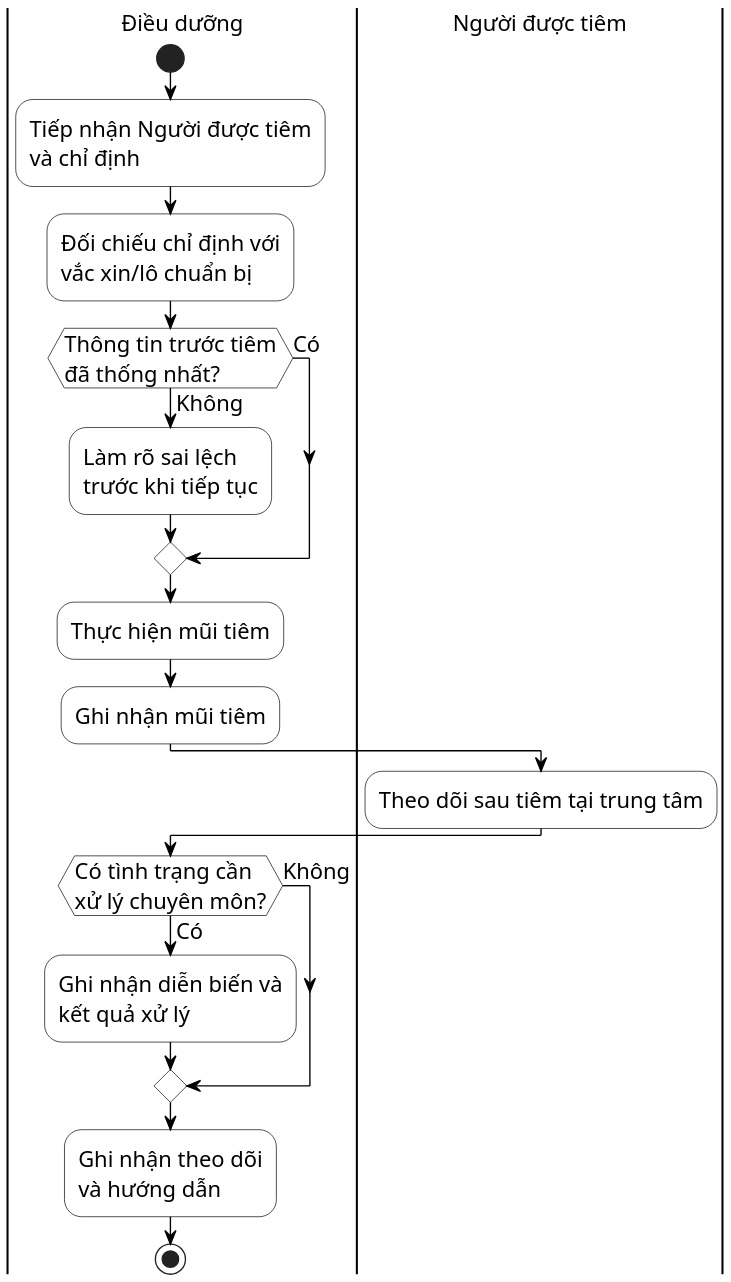
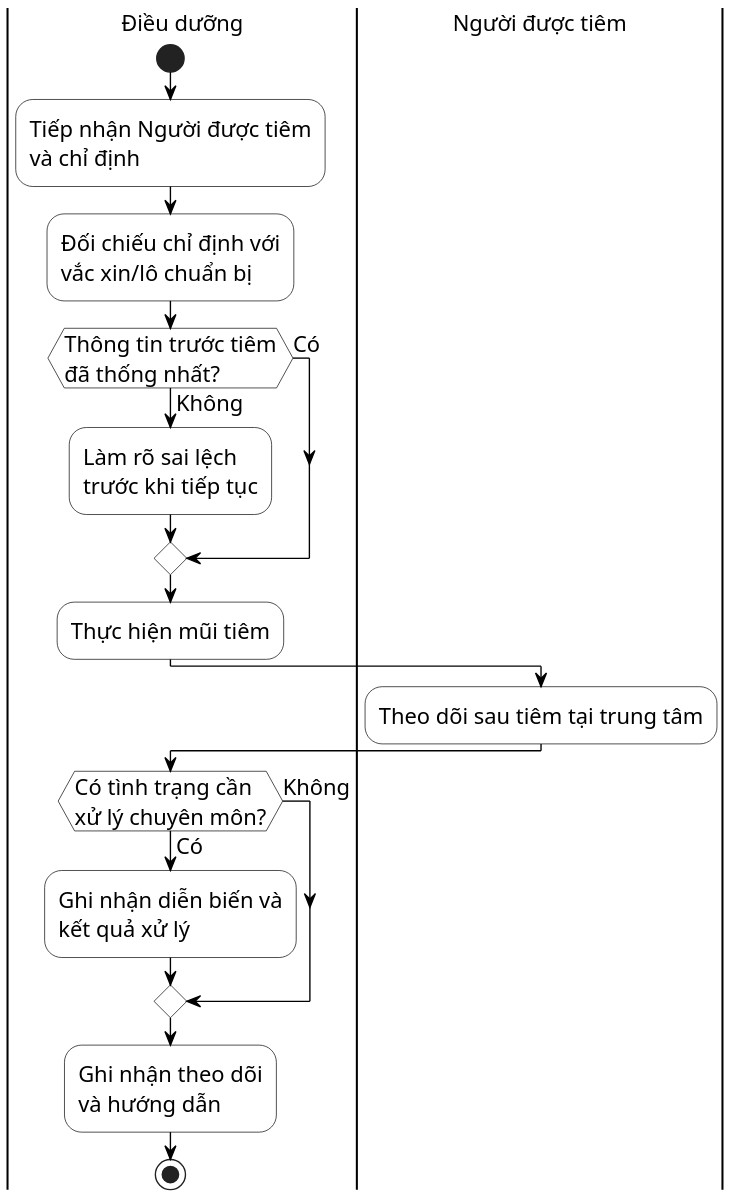
Before and after one commit to datngo1203/KLCN-QuanLyTiemChung: the diagram in docs/thesis/uml/Hinh_2_8_Activity_Tiem_Va_Theo_Doi.puml, drawn with PlantUML. The commit also changed 2 other files, not shown here.

Commit message:
docs: further compact high-density activity diagrams

```diff
--- a/docs/thesis/uml/Hinh_2_8_Activity_Tiem_Va_Theo_Doi.puml
+++ b/docs/thesis/uml/Hinh_2_8_Activity_Tiem_Va_Theo_Doi.puml
@@ -1,40 +1,39 @@
 @startuml
 ' HUIT UML Visual Profile v1 - compact data-aware layout
 skinparam monochrome true
 skinparam shadowing false
 skinparam backgroundColor white
 skinparam defaultFontName "Times New Roman"
 skinparam defaultFontSize 16
 skinparam ArrowColor black
 skinparam ActivityBorderColor black
 skinparam ActivityBackgroundColor white
 skinparam PartitionBorderColor black
 skinparam PartitionBackgroundColor white
 skinparam nodesep 20
 skinparam ranksep 24
 skinparam dpi 180
 
 |Điều dưỡng|
 start
 :Tiếp nhận Người được tiêm\nvà chỉ định;
 :Đối chiếu chỉ định với\nvắc xin/lô chuẩn bị;
 
 if (Thông tin trước tiêm\nđã thống nhất?) then (Có)
 else (Không)
   :Làm rõ sai lệch\ntrước khi tiếp tục;
 endif
 
 :Thực hiện mũi tiêm;
-:Ghi nhận mũi tiêm;
 
 |Người được tiêm|
 :Theo dõi sau tiêm tại trung tâm;
 
 |Điều dưỡng|
 if (Có tình trạng cần\nxử lý chuyên môn?) then (Có)
   :Ghi nhận diễn biến và\nkết quả xử lý;
 else (Không)
 endif
 :Ghi nhận theo dõi\nvà hướng dẫn;
 stop
 @enduml
```
